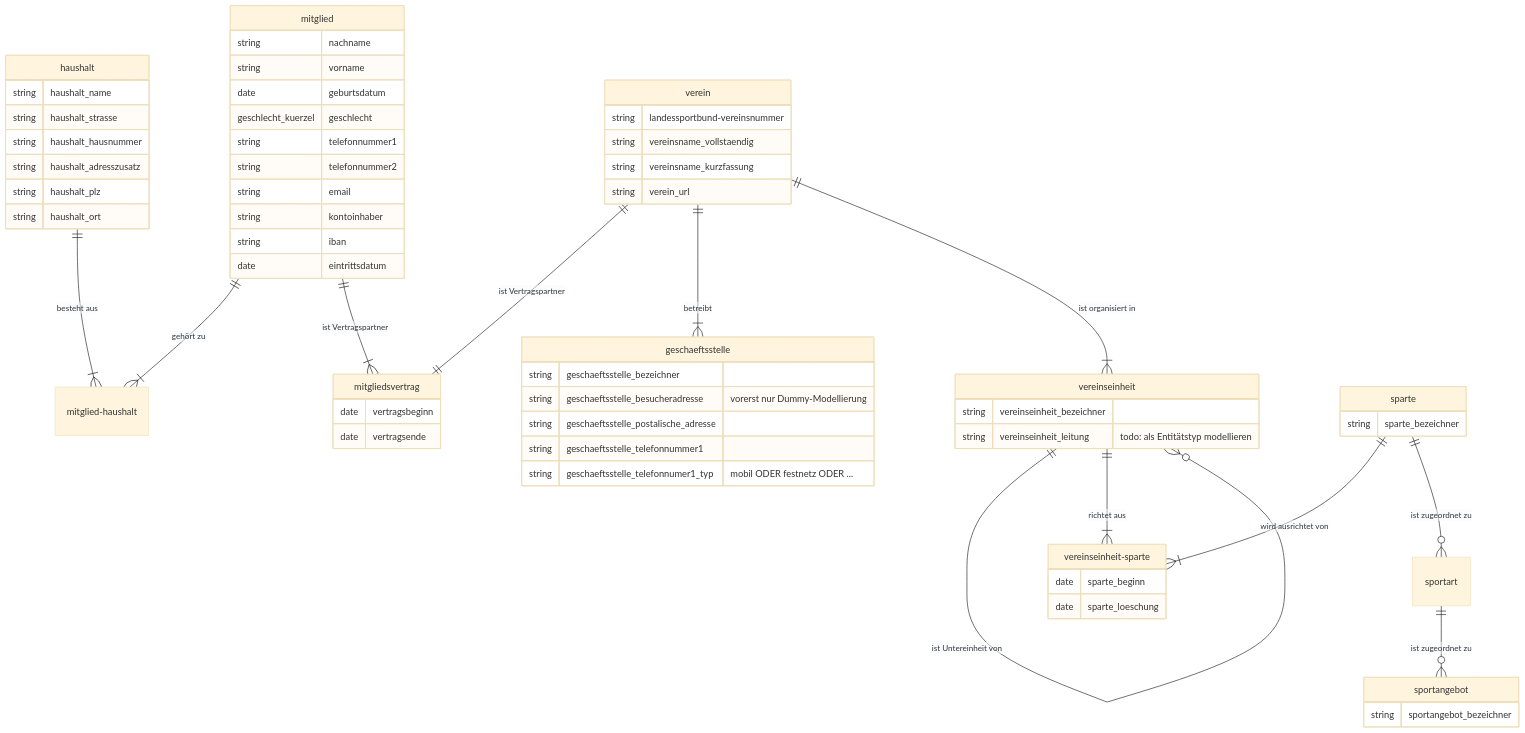
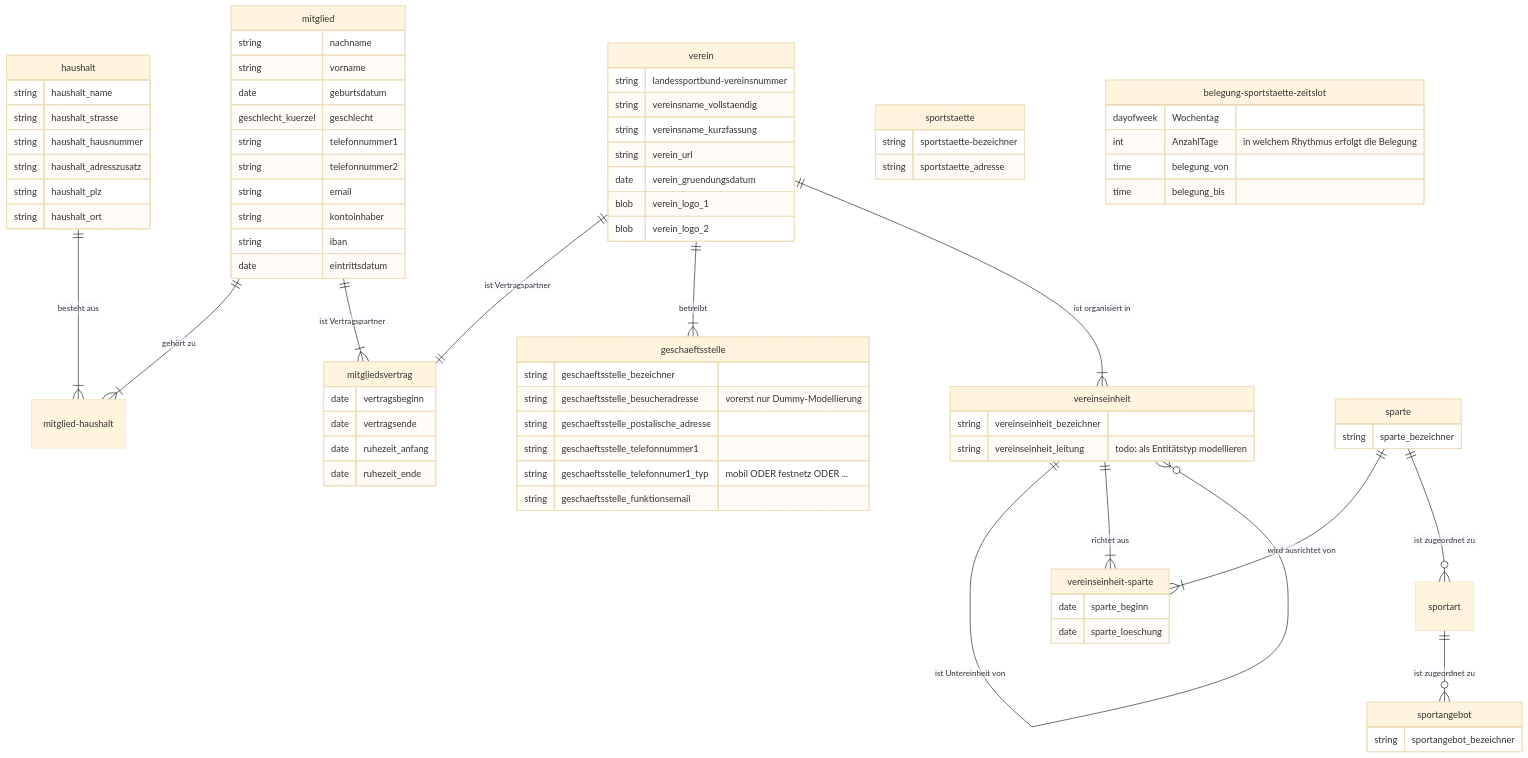
One commit to Lehrstuhl-BWL-EvIS/sportyweb changed the diagram in database-schema/sportyweb-schema.md. Above: the diagram before and after it, drawn with Mermaid (base theme). The commit also changed other lines of this file, not shown here.

````diff
--- a/database-schema/sportyweb-schema.md
+++ b/database-schema/sportyweb-schema.md
@@ -65,6 +65,8 @@
           mitgliedsvertrag {
             date vertragsbeginn
             date vertragsende
+            date ruhezeit_anfang
+            date ruhezeit_ende
           }
 
           verein {
@@ -72,6 +74,9 @@
             string vereinsname_vollstaendig
             string vereinsname_kurzfassung
             string verein_url
+            date verein_gruendungsdatum
+            blob verein_logo_1
+            blob verein_logo_2
           }
 
           geschaeftsstelle {
@@ -80,13 +85,13 @@
             string geschaeftsstelle_postalische_adresse
             string geschaeftsstelle_telefonnummer1
             string geschaeftsstelle_telefonnumer1_typ "mobil ODER festnetz ODER ..."
+            string geschaeftsstelle_funktionsemail
           }
 
           vereinseinheit {
             string vereinseinheit_bezeichner
             string vereinseinheit_leitung "todo: als Entitätstyp modellieren"
           }
-
 
           vereinseinheit-sparte {
             date sparte_beginn
@@ -100,5 +105,17 @@
           sportangebot {
             string sportangebot_bezeichner
           }
+
+          sportstaette {
+            string sportstaette-bezeichner
+            string sportstaette_adresse
+          }
+
+          belegung-sportstaette-zeitslot {
+            dayofweek Wochentag
+            int AnzahlTage "in welchem Rhythmus erfolgt die Belegung"
+            time belegung_von
+            time belegung_bis
+          }
           
 ```
````
